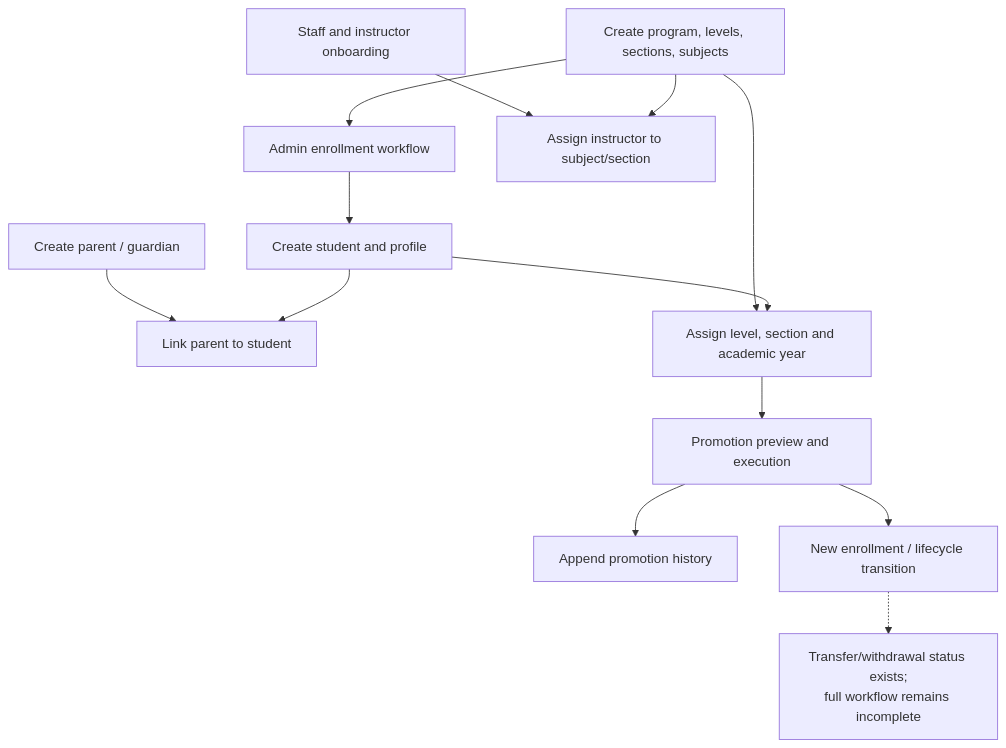
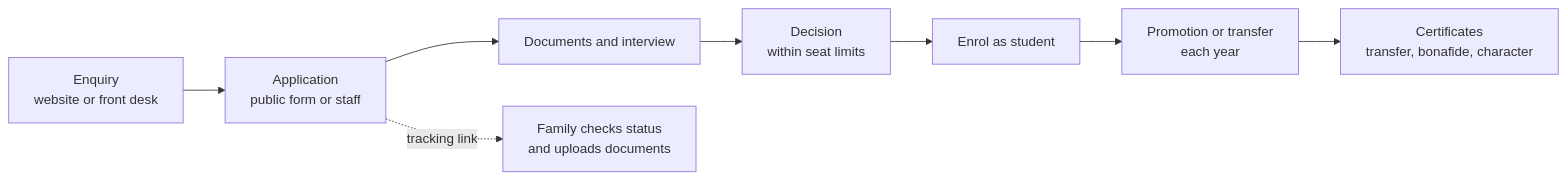
The fourth of 10 diagrams in SYSTEM_ARCHITECTURE_AND_MODULE_WORKFLOWS.md (niddanamohansps-hue/Mocha-Edu), drawn with Mermaid before and after one commit. The commit also changed other lines of this file and 1 other file, not shown here.

First line of the commit message:
docs(architecture): bring the architecture document up to date with the code

````diff
--- a/SYSTEM_ARCHITECTURE_AND_MODULE_WORKFLOWS.md
+++ b/SYSTEM_ARCHITECTURE_AND_MODULE_WORKFLOWS.md
@@ -116,15 +97,10 @@
 ```mermaid
-flowchart TD
-    A["Create program, levels, sections, subjects"] --> B["Admin enrollment workflow"]
-    P["Create parent / guardian"] --> R["Link parent to student"]
-    B --> S["Create student and profile"]
-    S --> R
-    A --> E["Assign level, section and academic year"]
-    S --> E
-    T["Staff and instructor onboarding"] --> SA["Assign instructor to subject/section"]
-    A --> SA
-    E --> Promo["Promotion preview and execution"]
-    Promo --> Hist["Append promotion history"]
-    Promo --> Next["New enrollment / lifecycle transition"]
-    Next -.-> Transfer["Transfer/withdrawal status exists;<br/>full workflow remains incomplete"]
+flowchart LR
+    Enq["Enquiry<br/>website or front desk"] --> AppF["Application<br/>public form or staff"]
+    AppF --> Docs["Documents and interview"]
+    Docs --> Dec["Decision<br/>within seat limits"]
+    Dec --> Enrol["Enrol as student"]
+    Enrol --> Promo["Promotion or transfer<br/>each year"]
+    Promo --> Cert["Certificates<br/>transfer, bonafide, character"]
+    AppF -. "tracking link" .-> Family["Family checks status<br/>and uploads documents"]
 ```
````
